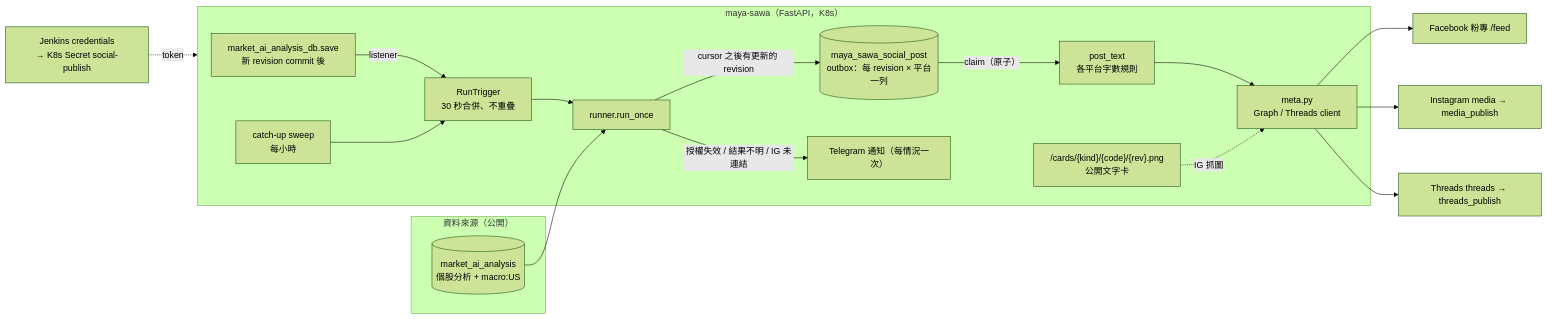
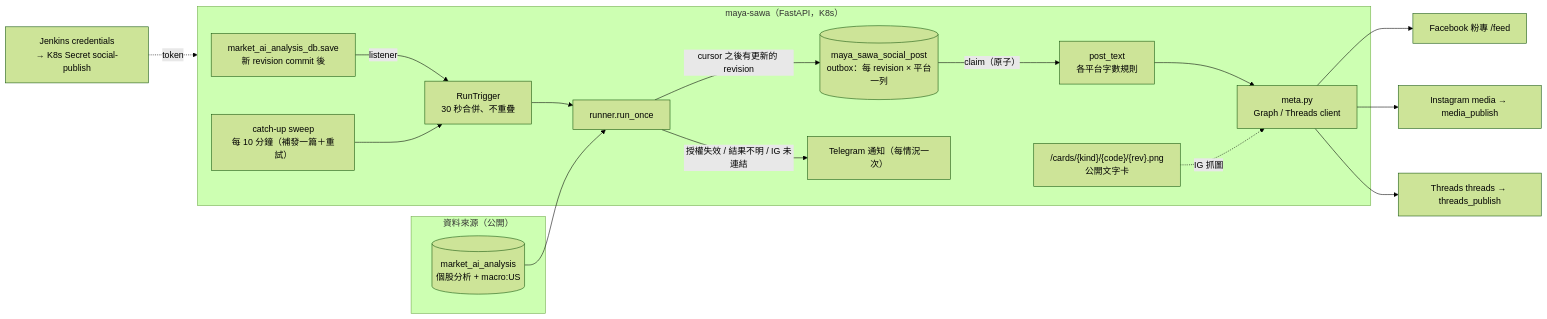
Before and after one commit to Vinskao/maya-sawa: the first of 2 diagrams in docs/SOCIAL_PUBLISHING.md, drawn with Mermaid (forest theme). The commit also changed other lines of this file and 2 other files, not shown here.

````diff
--- a/docs/SOCIAL_PUBLISHING.md
+++ b/docs/SOCIAL_PUBLISHING.md
@@ -99,21 +102,21 @@
 ```mermaid
 flowchart LR
     subgraph Source["資料來源（公開）"]
         A[("market_ai_analysis<br/>個股分析 + macro:US")]
     end
     subgraph Maya["maya-sawa（FastAPI，K8s）"]
         W["market_ai_analysis_db.save<br/>新 revision commit 後"] -->|"listener"| G["RunTrigger<br/>30 秒合併、不重疊"]
-        S["catch-up sweep<br/>每小時"] --> G
+        S["catch-up sweep<br/>每 10 分鐘（補發一篇＋重試）"] --> G
         G --> R["runner.run_once"]
         R -->|"cursor 之後有更新的 revision"| O[("maya_sawa_social_post<br/>outbox：每 revision × 平台一列")]
         O -->|"claim（原子）"| P["post_text<br/>各平台字數規則"]
         P --> M["meta.py<br/>Graph / Threads client"]
         C["/cards/{kind}/{code}/{rev}.png<br/>公開文字卡"] -.IG 抓圖.-> M
         R -->|"授權失效 / 結果不明 / IG 未連結"| T["Telegram 通知（每情況一次）"]
     end
     A --> R
     M --> FB["Facebook 粉專 /feed"]
     M --> IG["Instagram media → media_publish"]
     M --> TH["Threads threads → threads_publish"]
     J["Jenkins credentials<br/>→ K8s Secret social-publish"] -.token.-> Maya
 ```
````
